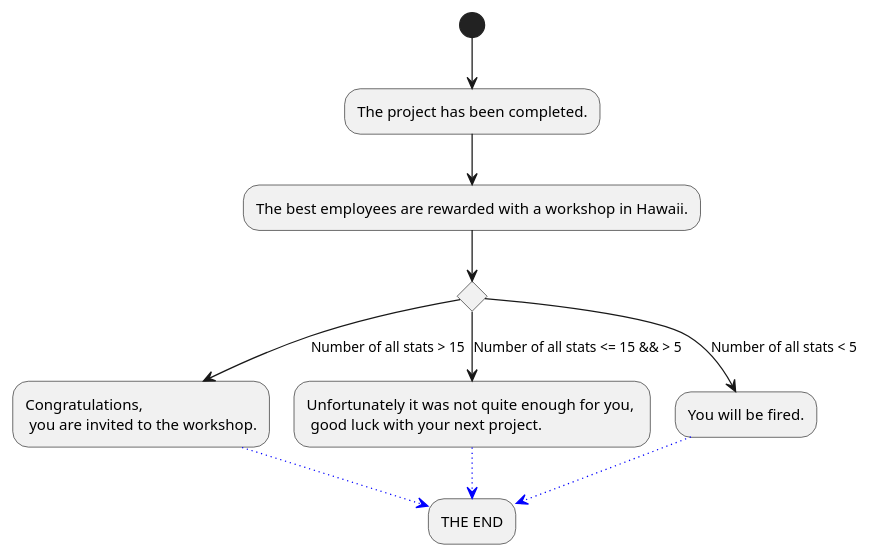
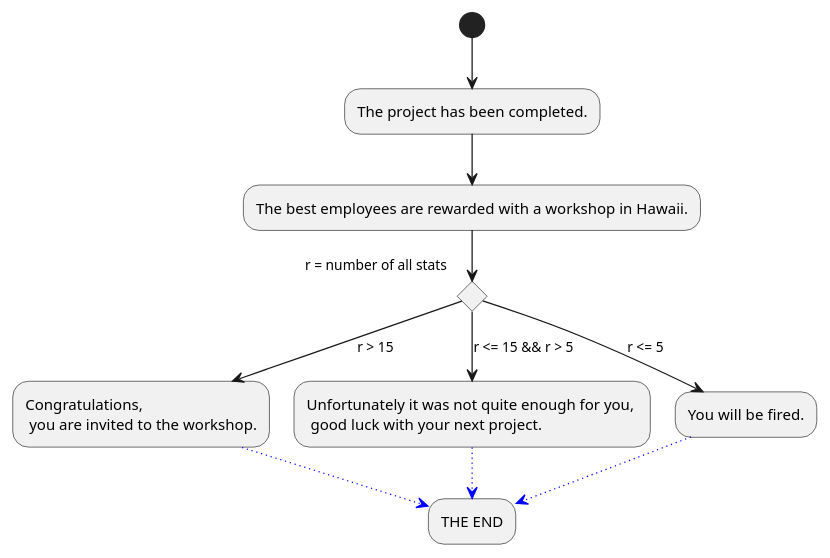
One commit to Brotenko/QualityQuest changed the diagram in Docs/Technical Specifications/docs/diagrams/StoryFlow/StoryFlow_Decision_15.puml. Above: the diagram before and after it, drawn with PlantUML. The commit also changed 11 other files, not shown here.

```diff
--- a/Docs/Technical Specifications/docs/diagrams/StoryFlow/StoryFlow_Decision_15.puml
+++ b/Docs/Technical Specifications/docs/diagrams/StoryFlow/StoryFlow_Decision_15.puml
@@ -1,13 +1,13 @@
 @startuml
 (*) --> "The project has been completed."
 --> "The best employees are rewarded with a workshop in Hawaii."
-if "" then
---> [Number of all stats > 15] "Congratulations, \n you are invited to the workshop." as a
+if "r = number of all stats" then
+--> [r > 15] "Congratulations, \n you are invited to the workshop." as a
 else 
---> [Number of all stats <= 15 && > 5] "Unfortunately it was not quite enough for you, \n good luck with your next project." as b
+--> [r <= 15 && r > 5] "Unfortunately it was not quite enough for you, \n good luck with your next project." as b
 else
---> [Number of all stats < 5] "You will be fired."
+--> [r <= 5] "You will be fired."
 -[#blue,dotted]-> "THE END" as ende
 a -[#blue,dotted]-> ende
 b -[#blue,dotted]-> ende
 @enduml
```
